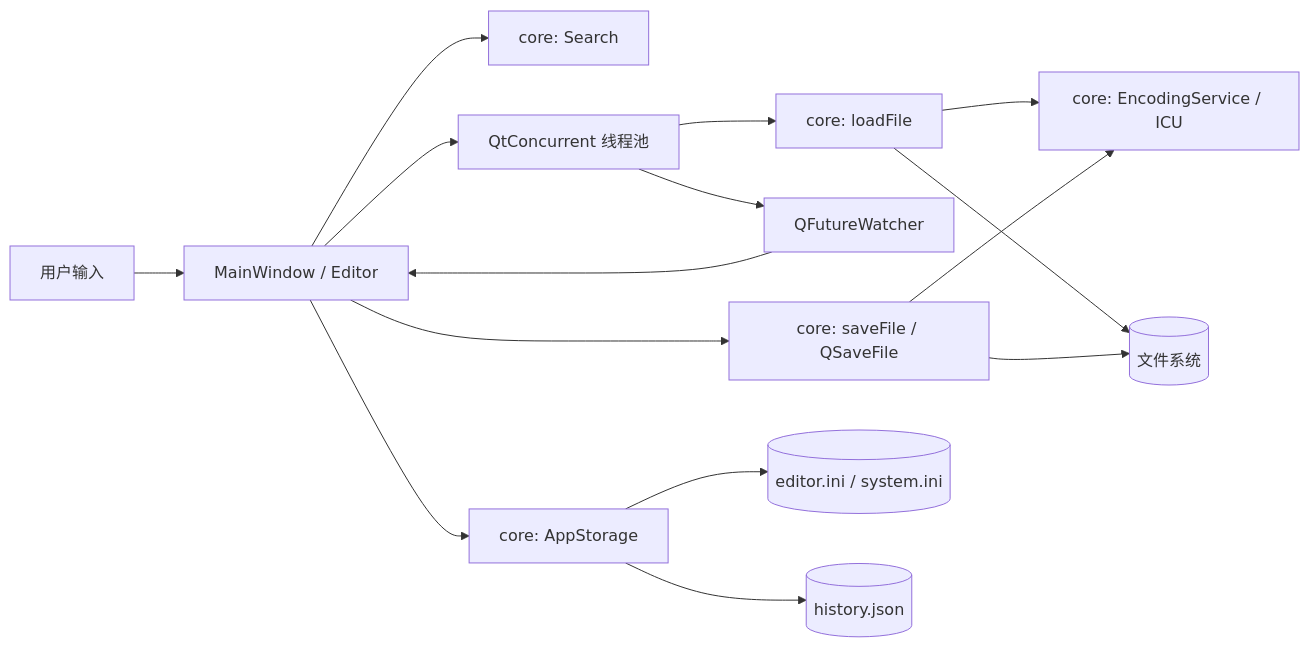
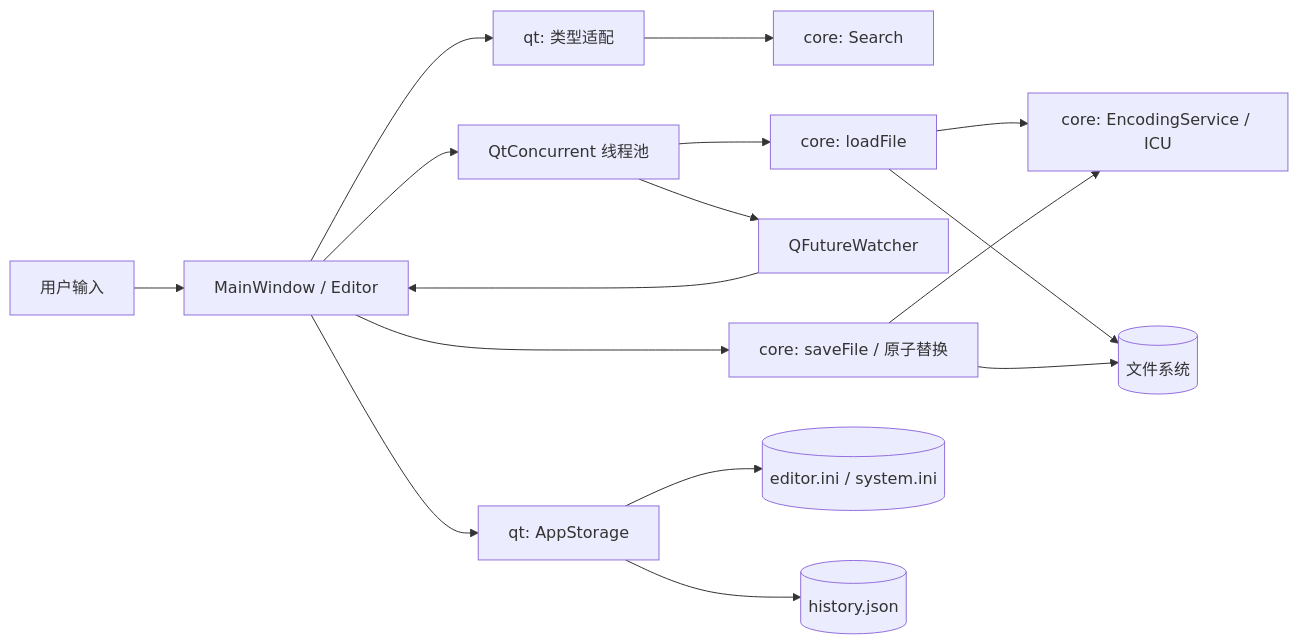
Before and after one commit to Thesummert/NyaEdit: the diagram in docs/architecture.md, drawn with Mermaid. The commit also changed other lines of this file and 24 other files, not shown here.

````diff
--- a/docs/architecture.md
+++ b/docs/architecture.md
@@ -5,17 +5,18 @@
 ```mermaid
 flowchart LR
     User[用户输入] --> UI[MainWindow / Editor]
-    UI --> Search[core: Search]
+    UI --> Adapter[qt: 类型适配]
+    Adapter --> Search[core: Search]
     UI --> Pool[QtConcurrent 线程池]
     Pool --> Load[core: loadFile]
     Load --> Codec[core: EncodingService / ICU]
     Load --> Disk[(文件系统)]
     Pool --> Watcher[QFutureWatcher]
     Watcher --> UI
-    UI --> Save[core: saveFile / QSaveFile]
+    UI --> Save[core: saveFile / 原子替换]
     Save --> Codec
     Save --> Disk
-    UI --> Storage[core: AppStorage]
+    UI --> Storage[qt: AppStorage]
     Storage --> Preferences[(editor.ini / system.ini)]
     Storage --> History[(history.json)]
 ```
````
